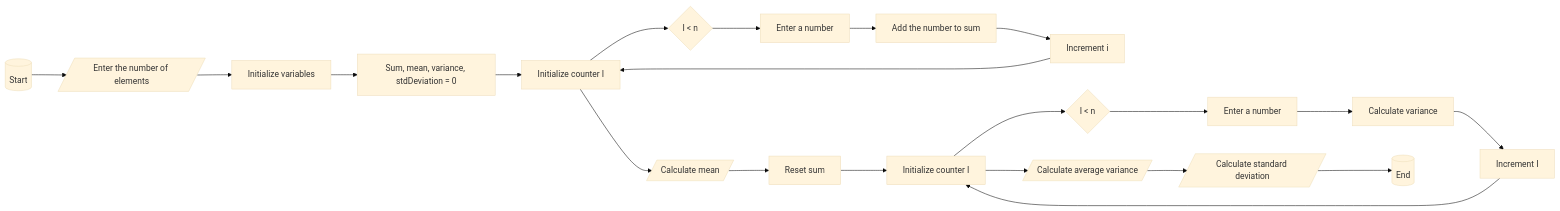
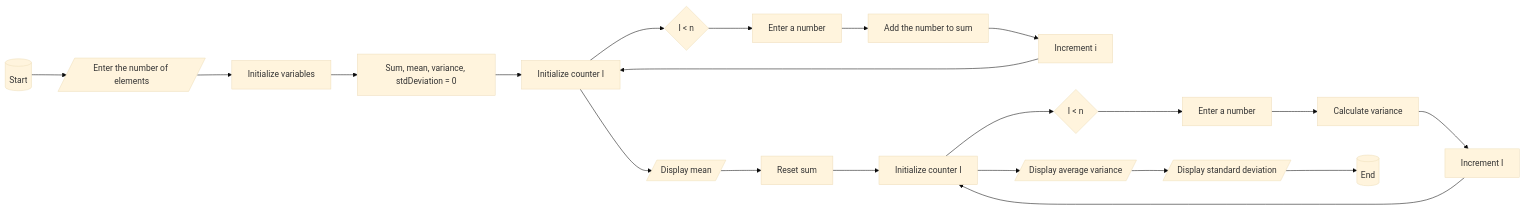
One commit to Robelermiyas/mermain-practicies changed the diagram in readme.md. Above: the diagram before and after it, drawn with Mermaid (base theme).

````diff
--- a/readme.md
+++ b/readme.md
@@ -1,33 +1,33 @@
 ```mermaid
 
 graph LR
 A[(Start)] --> B[/Enter the number of elements/]
 B --> C[Initialize variables]
 C --> D[Sum, mean, variance, stdDeviation = 0]
 D --> E[Initialize counter I]
 E --> F{I < n}
 F --> G[Enter a number]
 G --> H[Add the number to sum]
 H --> I[Increment i]
 I --> E
-E --> J[/Calculate mean/]
+E --> J[/Display mean/]
 J --> K[Reset sum]
 K --> L[Initialize counter I]
 L --> M{I < n}
 M --> N[Enter a number]
 N --> O[Calculate variance]
 O --> P[Increment I]
 P --> L
-L --> Q[/Calculate average variance/]
-Q --> R[/Calculate standard deviation/]
+L --> Q[/Display average variance/]
+Q --> R[/Display standard deviation/]
 R --> S[(End)]
 
 
 
 
 
 
 
 
 
 ``` 
````
